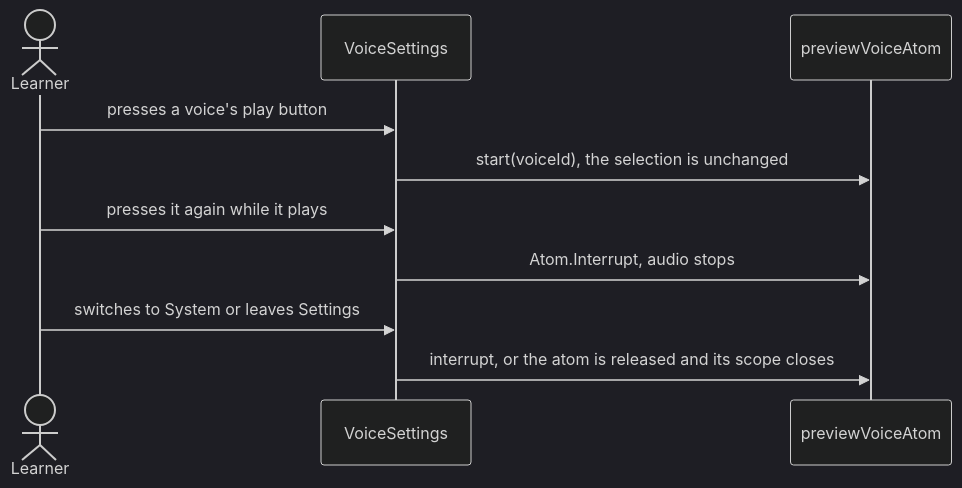
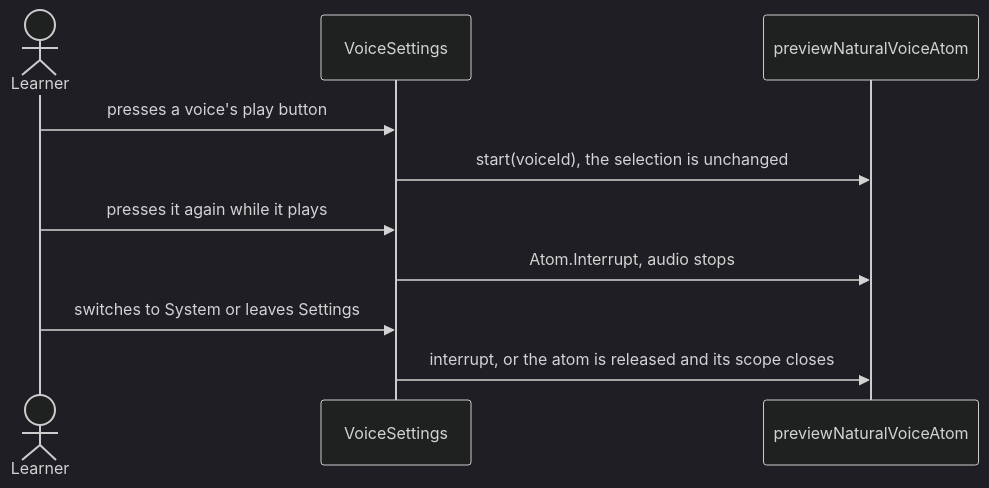
Before and after one commit to oleksii-latyshev/english-trainer: the third of 5 diagrams in src/features/voice-settings/flow.md, drawn with Mermaid (dark theme). The commit also changed other lines of this file and 104 other files, not shown here.

````diff
--- a/src/features/voice-settings/flow.md
+++ b/src/features/voice-settings/flow.md
@@ -54,13 +54,13 @@
 ```mermaid
 sequenceDiagram
     actor Learner
     participant Settings as VoiceSettings
-    participant Preview as previewVoiceAtom
+    participant Preview as previewNaturalVoiceAtom
 
     Learner->>Settings: presses a voice's play button
     Settings->>Preview: start(voiceId), the selection is unchanged
     Learner->>Settings: presses it again while it plays
     Settings->>Preview: Atom.Interrupt, audio stops
     Learner->>Settings: switches to System or leaves Settings
     Settings->>Preview: interrupt, or the atom is released and its scope closes
 ```
````
